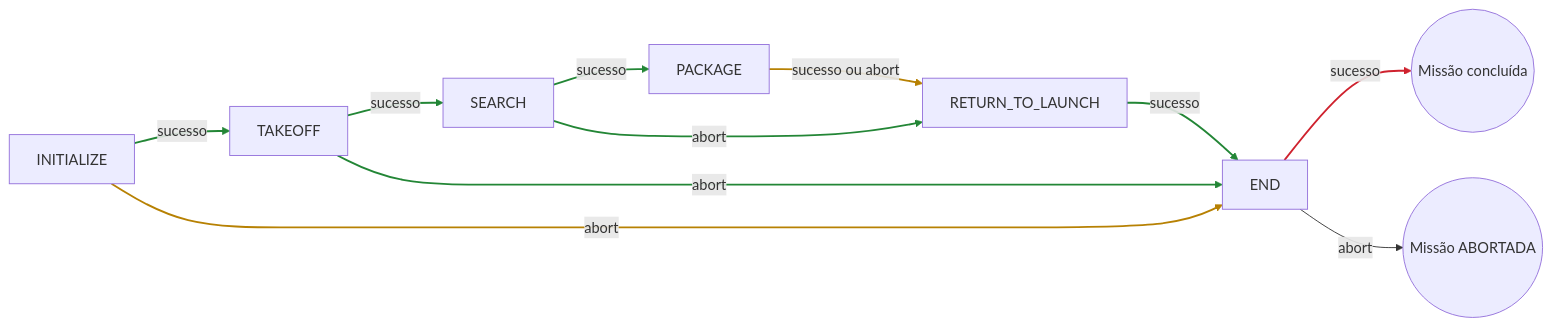
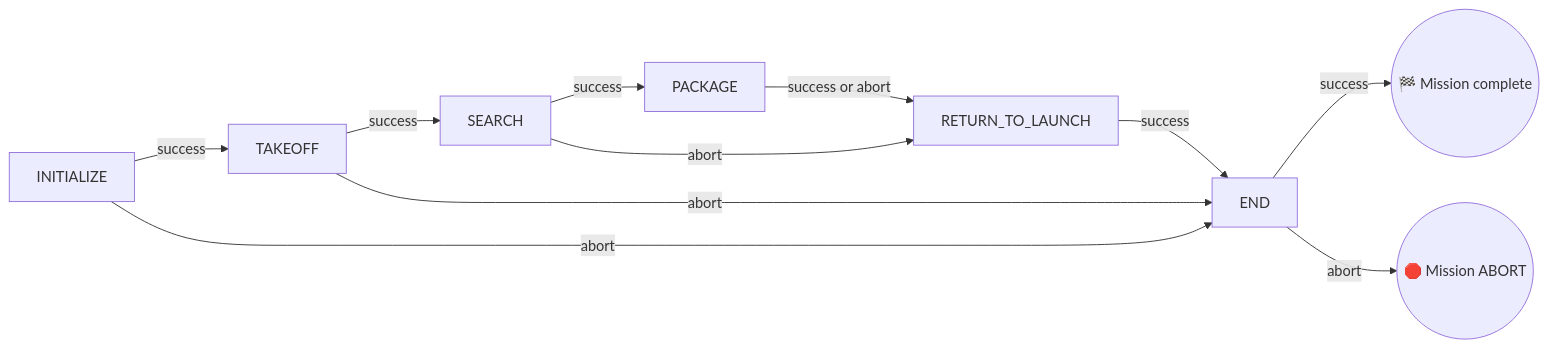
One commit to Black-Bee-Drones/imav-2026 changed the second of 4 diagrams in manequim/README.md. Above: the diagram before and after it, drawn with Mermaid. The commit also changed other lines of this file and 13 other files, not shown here.

````diff
--- a/manequim/README.md
+++ b/manequim/README.md
@@ -121,17 +116,13 @@
 ```mermaid
 flowchart LR
-    A[INITIALIZE] -->|sucesso| B[TAKEOFF]
-    B -->|sucesso| C[SEARCH]
-    C -->|sucesso| D[PACKAGE]
+    A[INITIALIZE] -->|success| B[TAKEOFF]
+    B -->|success| C[SEARCH]
+    C -->|success| D[PACKAGE]
     C -->|abort| E[RETURN_TO_LAUNCH]
-    D -->|sucesso ou abort| E
-    E -->|sucesso| F[END]
+    D -->|success or abort| E
+    E -->|success| F[END]
     A -->|abort| F
     B -->|abort| F
-    F -->|sucesso| G((Missão concluída))
-    F -->|abort| H((Missão ABORTADA))
-
-    linkStyle 0,1,2,3,5,7 stroke:#238636,stroke-width:2px
-    linkStyle 4,6 stroke:#b78103,stroke-width:2px
-    linkStyle 8 stroke:#cf222e,stroke-width:2px
+    F -->|success| G((🏁 Mission complete))
+    F -->|abort| H((🛑 Mission ABORT))
 ```
````
